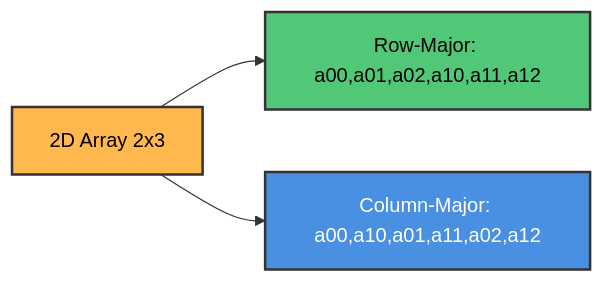
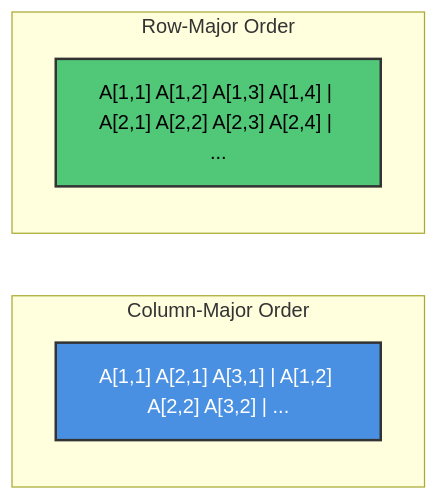
One commit to M-F-Tushar/CSE-2101-Data-Structure changed diagram 29 of 39 in Chapter 4 - Arrays, Records and Pointers/README.md. Above: the diagram before and after it, drawn with Mermaid. The commit also changed other lines of this file, not shown here.

````diff
--- a/Chapter 4 - Arrays, Records and Pointers/README.md
+++ b/Chapter 4 - Arrays, Records and Pointers/README.md
@@ -1446,9 +992,13 @@
 ```mermaid
 graph LR
-    A["2D Array 2x3"] --> B["Row-Major: a00,a01,a02,a10,a11,a12"]
-    A --> C["Column-Major: a00,a10,a01,a11,a02,a12"]
+    subgraph "Column-Major Order"
+        C["A[1,1] A[2,1] A[3,1] | A[1,2] A[2,2] A[3,2] | ..."]
+    end
     
-    style A fill:#FFB84D,stroke:#333,stroke-width:2px,color:#000
-    style B fill:#50C878,stroke:#333,stroke-width:2px,color:#000
+    subgraph "Row-Major Order"  
+        R["A[1,1] A[1,2] A[1,3] A[1,4] | A[2,1] A[2,2] A[2,3] A[2,4] | ..."]
+    end
+    
     style C fill:#4A90E2,stroke:#333,stroke-width:2px,color:#fff
+    style R fill:#50C878,stroke:#333,stroke-width:2px,color:#000
 ```
````
